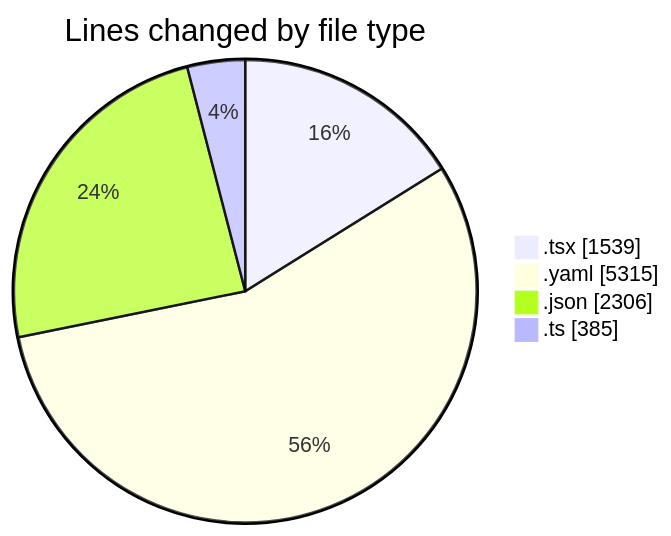
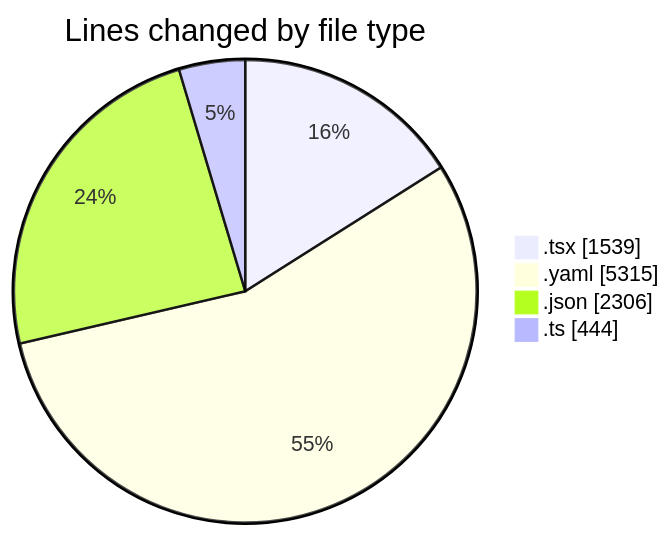
The first of 2 diagrams in 2025-11-07/eventscop-frontend-guide__workspace_/README.md (julien-gomy/code-tracking), drawn with Mermaid before and after one commit. The commit also changed other lines of this file and 1 other file, not shown here.

````diff
--- a/2025-11-07/eventscop-frontend-guide__workspace_/README.md
+++ b/2025-11-07/eventscop-frontend-guide__workspace_/README.md
@@ -42,8 +43,8 @@
 ```mermaid
 pie showData
 title Lines changed by file type
 ".tsx" : 1539
 ".yaml" : 5315
 ".json" : 2306
-".ts" : 385
+".ts" : 444
 ```
````
